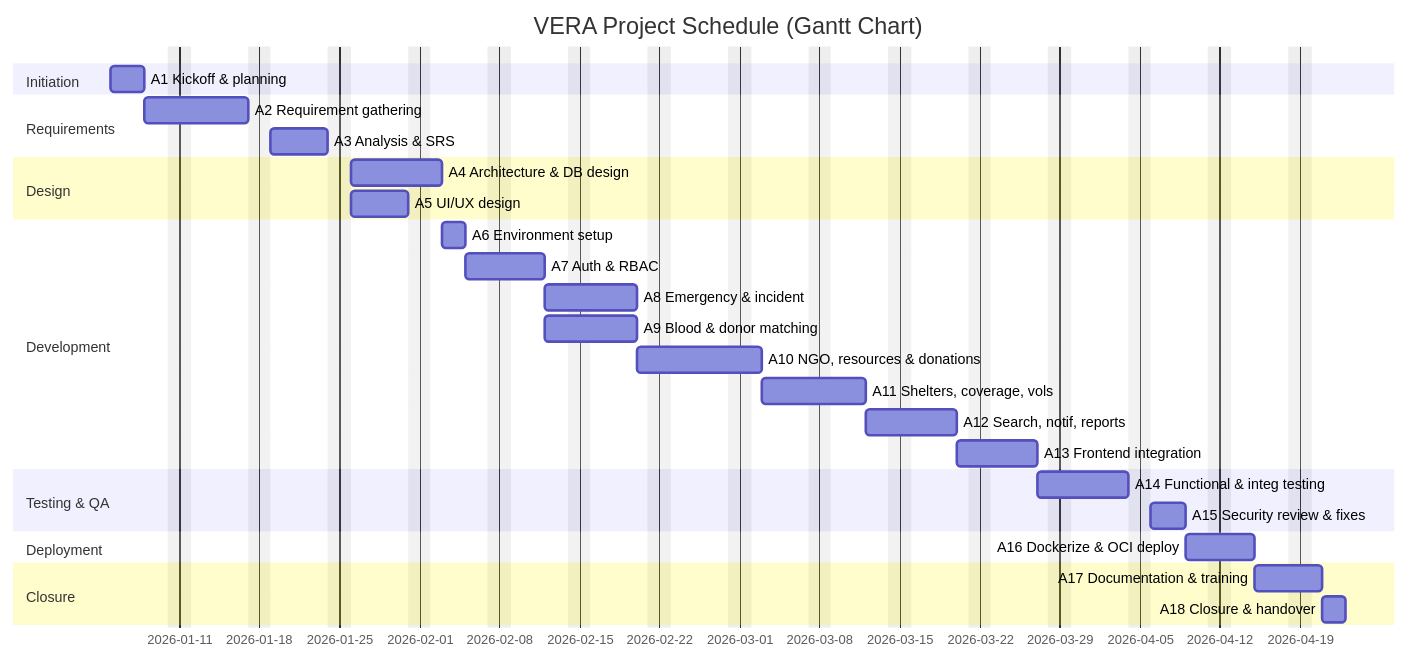
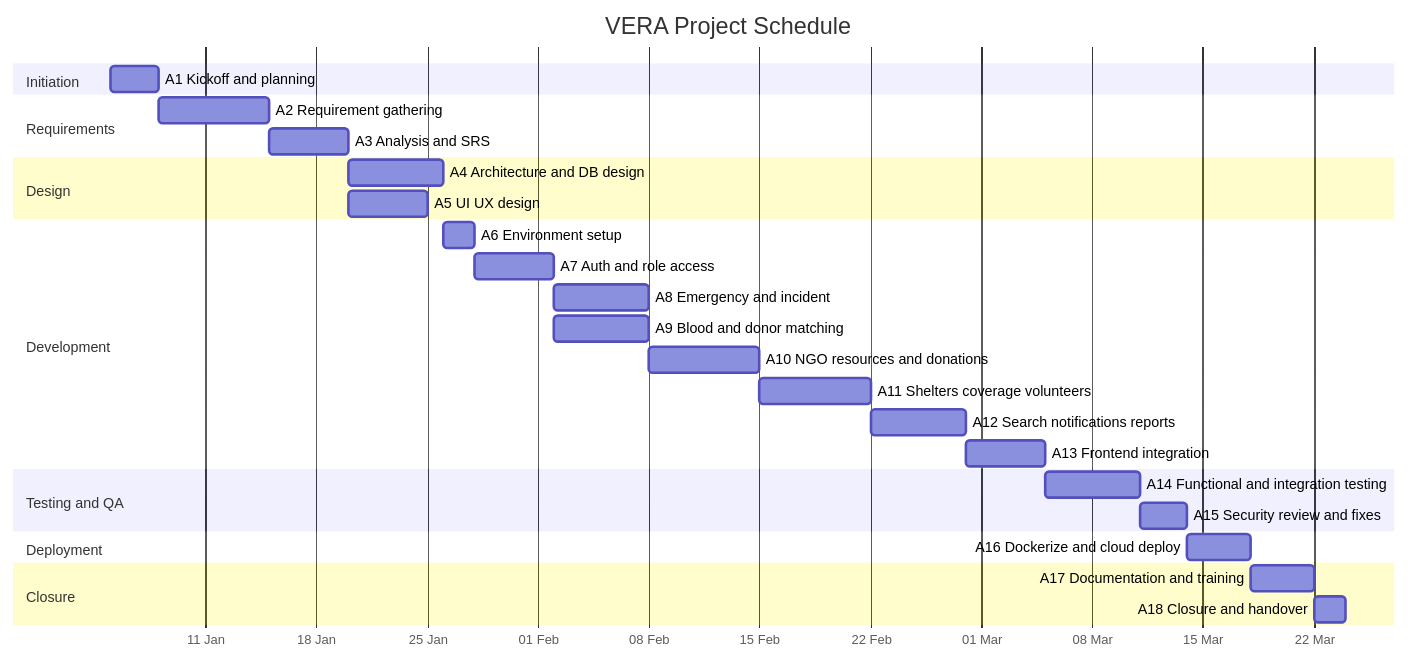
One commit to MahmudulHasanJoy/VERA changed the second of 3 diagrams in docs/system-analysis/B-project-management.md. Above: the diagram before and after it, drawn with Mermaid. The commit also changed other lines of this file and 9 other files, not shown here.

````diff
--- a/docs/system-analysis/B-project-management.md
+++ b/docs/system-analysis/B-project-management.md
@@ -171,38 +208,38 @@
 ```mermaid
 gantt
-    title VERA Project Schedule (Gantt Chart)
-    dateFormat  YYYY-MM-DD
-    excludes    weekends
+    title VERA Project Schedule
+    dateFormat YYYY-MM-DD
+    axisFormat %d %b
 
     section Initiation
-    A1 Kickoff & planning            :a1, 2026-01-05, 3d
+    A1 Kickoff and planning :2026-01-05, 3d
 
     section Requirements
-    A2 Requirement gathering         :a2, after a1, 7d
-    A3 Analysis & SRS                :a3, after a2, 5d
+    A2 Requirement gathering :2026-01-08, 7d
+    A3 Analysis and SRS :2026-01-15, 5d
 
     section Design
-    A4 Architecture & DB design      :a4, after a3, 6d
-    A5 UI/UX design                  :a5, after a3, 5d
+    A4 Architecture and DB design :2026-01-20, 6d
+    A5 UI UX design :2026-01-20, 5d
 
     section Development
-    A6 Environment setup             :a6, after a4, 2d
-    A7 Auth & RBAC                   :a7, after a6, 5d
-    A8 Emergency & incident          :a8, after a7, 6d
-    A9 Blood & donor matching        :a9, after a7, 6d
-    A10 NGO, resources & donations   :a10, after a8, 7d
-    A11 Shelters, coverage, vols     :a11, after a9 a10, 7d
-    A12 Search, notif, reports       :a12, after a11, 6d
-    A13 Frontend integration         :a13, after a5 a12, 5d
+    A6 Environment setup :2026-01-26, 2d
+    A7 Auth and role access :2026-01-28, 5d
+    A8 Emergency and incident :2026-02-02, 6d
+    A9 Blood and donor matching :2026-02-02, 6d
+    A10 NGO resources and donations :2026-02-08, 7d
+    A11 Shelters coverage volunteers :2026-02-15, 7d
+    A12 Search notifications reports :2026-02-22, 6d
+    A13 Frontend integration :2026-02-28, 5d
 
-    section Testing & QA
-    A14 Functional & integ testing   :a14, after a13, 6d
-    A15 Security review & fixes      :a15, after a14, 3d
+    section Testing and QA
+    A14 Functional and integration testing :2026-03-05, 6d
+    A15 Security review and fixes :2026-03-11, 3d
 
     section Deployment
-    A16 Dockerize & OCI deploy       :a16, after a15, 4d
+    A16 Dockerize and cloud deploy :2026-03-14, 4d
 
     section Closure
-    A17 Documentation & training     :a17, after a16, 4d
-    A18 Closure & handover           :a18, after a17, 2d
+    A17 Documentation and training :2026-03-18, 4d
+    A18 Closure and handover :2026-03-22, 2d
 ```
````
